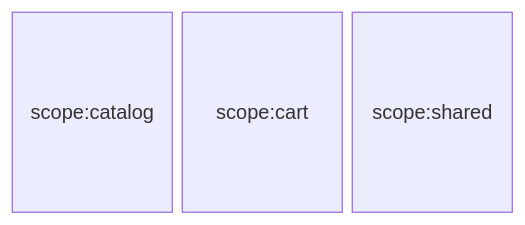
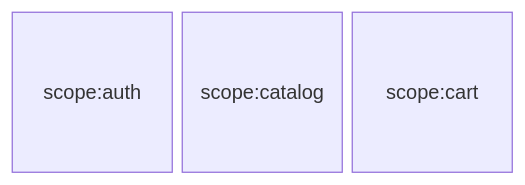
The second of 3 diagrams in apps/cookbook/docs/nx/03-scaling/02-organize-libs.md (marmicode/cookbook), drawn with Mermaid before and after one commit. The commit also changed other lines of this file, not shown here.

````diff
--- a/apps/cookbook/docs/nx/03-scaling/02-organize-libs.md
+++ b/apps/cookbook/docs/nx/03-scaling/02-organize-libs.md
@@ -108,10 +108,10 @@
 ```mermaid
 block-beta
 columns 3
+  auth["scope:auth"]
   catalog["scope:catalog"]
   cart["scope:cart"]
-  shared["scope:shared"]
-  style catalog height:10rem,width:8rem
-  style cart height:10rem
-  style shared height:10rem
+  style catalog height:8rem,width:8rem
+  style catalog
+  style cart
 ```
````
